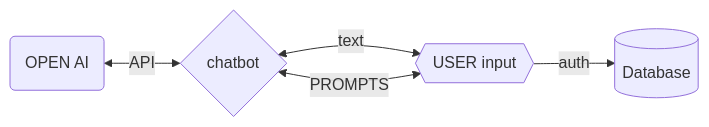
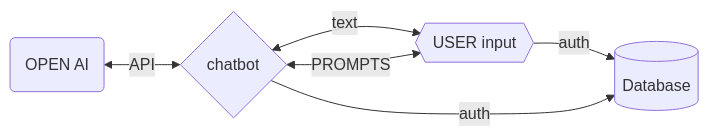
The diagram in README.md (kivtechs-uml/chatbot_uml), drawn with Mermaid before and after one commit.

````diff
--- a/README.md
+++ b/README.md
@@ -5,9 +5,10 @@
 ```mermaid
 flowchart LR
      A(OPEN AI) <-- API --> B{chatbot} <-- text --> C{{USER input }}
      B <-- PROMPTS --> C
      C --auth--> D[(Database)]
+     B -- auth --> D
     
 
 
 ```
````
